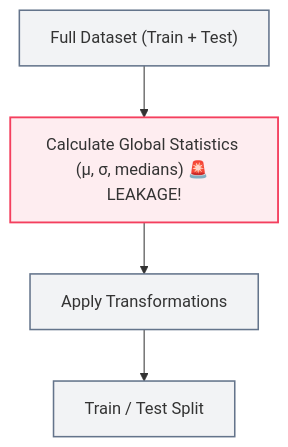
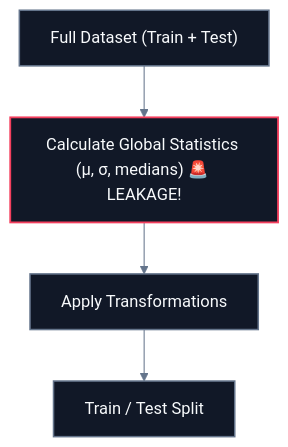
Before and after one commit to abhinavbharti2345/CS_Notes: the third of 6 diagrams in CS/AI & ML/02. Data Preprocessing/01. Data Leakage.md, drawn with Mermaid. The commit also changed other lines of this file and 195 other files, not shown here.

````diff
--- a/CS/AI & ML/02. Data Preprocessing/01. Data Leakage.md
+++ b/CS/AI & ML/02. Data Preprocessing/01. Data Leakage.md
@@ -79,11 +81,12 @@
 ```mermaid
+%%{init: {'theme': 'base', 'themeVariables': { 'darkMode': true, 'background': '#0B0F14', 'mainBkg': '#111827', 'primaryColor': '#111827', 'primaryTextColor': '#F8FAFC', 'primaryBorderColor': '#38BDF8', 'lineColor': '#64748B', 'secondaryColor': '#0B0F14', 'tertiaryColor': '#0B0F14', 'clusterBkg': '#0B0F14', 'clusterBorder': '#38BDF8' }}}%%
 flowchart TD
     D["Full Dataset (Train + Test)"] --> S["Calculate Global Statistics (μ, σ, medians) 🚨 LEAKAGE!"]
     S --> P["Apply Transformations"]
     P --> T["Train / Test Split"]
     
-    classDef danger fill:#f43f5e18,stroke:#f43f5e,stroke-width:1.8px;
-    classDef neutral fill:#64748b15,stroke:#64748b,stroke-width:1.5px;
+    classDef danger fill:#111827,stroke:#f43f5e,stroke-width:1.8px,color:#F8FAFC;
+    classDef neutral fill:#111827,stroke:#64748b,stroke-width:1.5px,color:#F8FAFC;
     class D,P,T neutral;
     class S danger;
 ```
````
